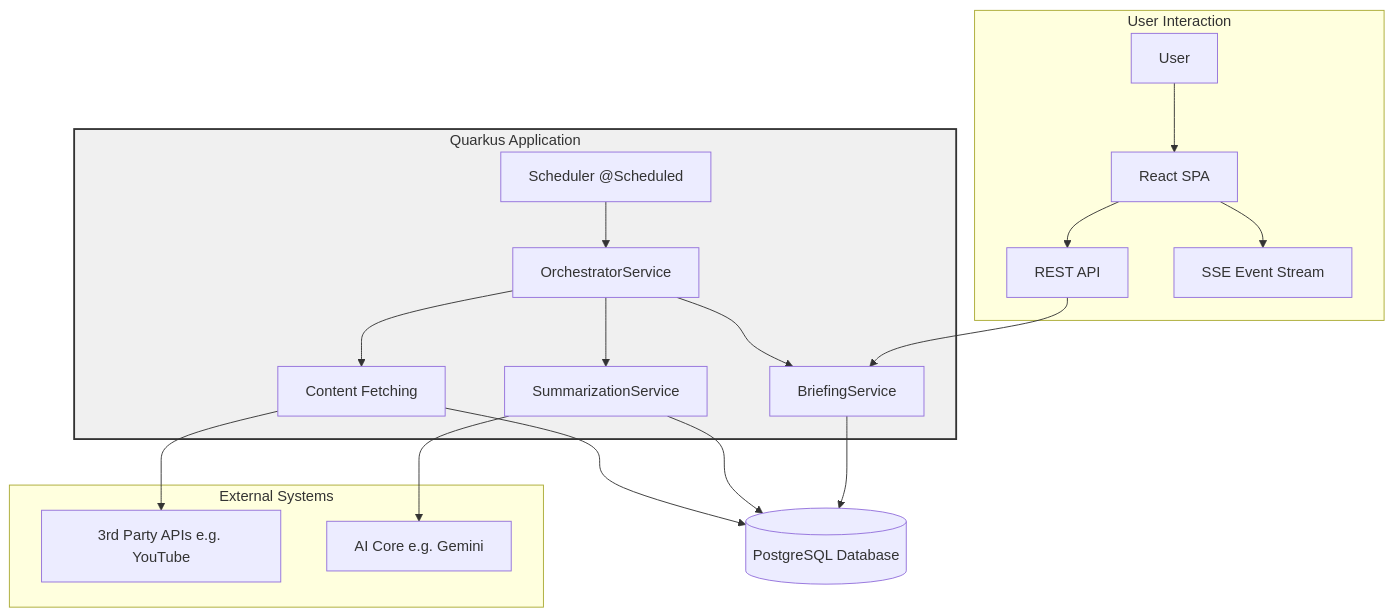
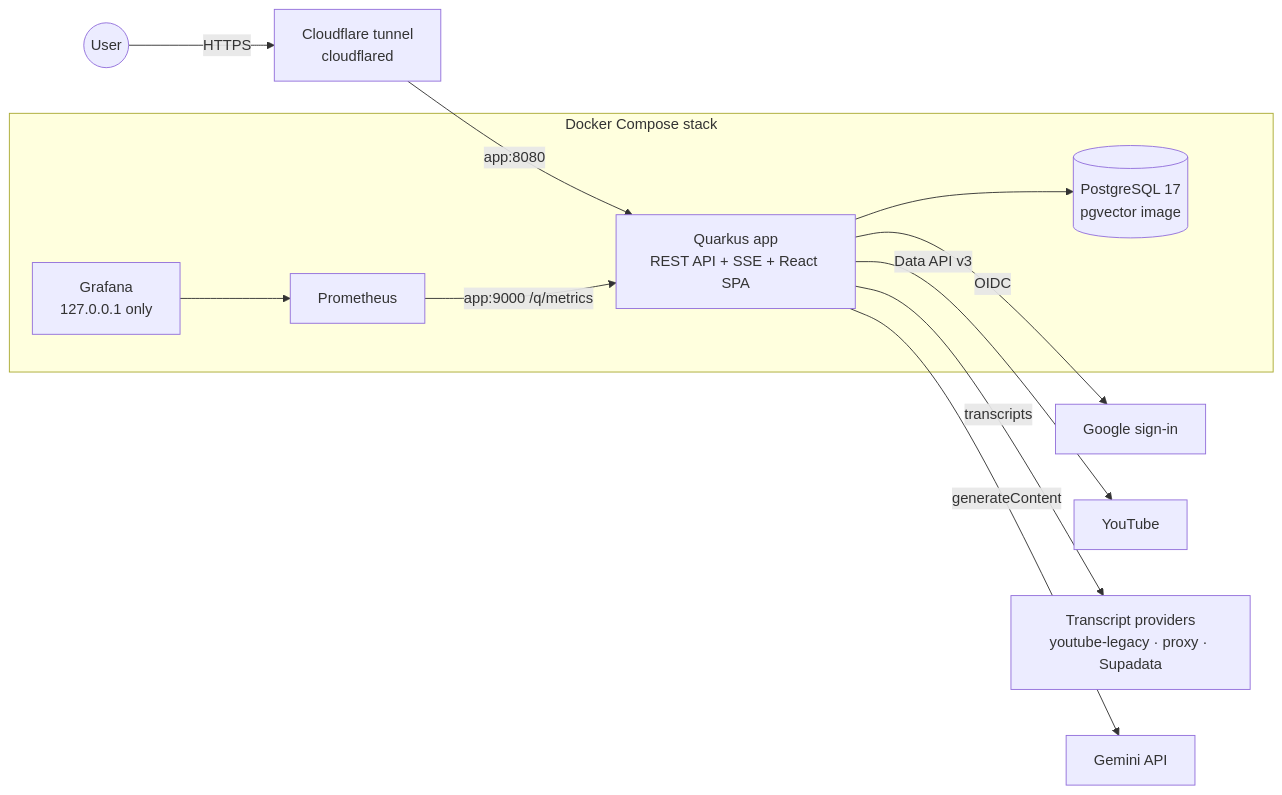
Before and after one commit to sjuresa/povzetkar: the diagram in docs/overview/architecture_overview.md, drawn with Mermaid. The commit also changed other lines of this file and 31 other files, not shown here.

````diff
--- a/docs/overview/architecture_overview.md
+++ b/docs/overview/architecture_overview.md
@@ -24,29 +17,20 @@
 ```mermaid
-graph TD
-    subgraph "User Interaction"
-        User --> UI[React SPA]
-        UI --> API[REST API]
-        UI --> SSE[SSE Event Stream]
+graph LR
+    User((User)) -->|HTTPS| CF[Cloudflare tunnel<br/>cloudflared]
+    CF -->|app:8080| App
+
+    subgraph Stack ["Docker Compose stack"]
+        App[Quarkus app<br/>REST API + SSE + React SPA]
+        DB[(PostgreSQL 17<br/>pgvector image)]
+        Prom[Prometheus]
+        Graf[Grafana<br/>127.0.0.1 only]
+        App --> DB
+        Prom -->|app:9000 /q/metrics| App
+        Graf --> Prom
     end
 
-    subgraph quarkus_app ["Quarkus Application"]
-        Scheduler[Scheduler @Scheduled] --> Orchestrator[OrchestratorService]
-        Orchestrator --> ContentFetcher[Content Fetching]
-        Orchestrator --> Summarizer[SummarizationService]
-        Orchestrator --> BriefingGen[BriefingService]
-        API --> BriefingGen
-    end
-
-    subgraph "External Systems"
-        ExtAPI[3rd Party APIs e.g. YouTube]
-        GenAI[AI Core e.g. Gemini]
-    end
-
-    DB[(PostgreSQL Database)]
-
-    ContentFetcher --> ExtAPI & DB
-    Summarizer --> GenAI & DB
-    BriefingGen --> DB
-
-    style quarkus_app fill:#f0f0f0,stroke:#333,stroke-width:2px
+    App -->|OIDC| Google[Google sign-in]
+    App -->|Data API v3| YT[YouTube]
+    App -->|transcripts| Providers[Transcript providers<br/>youtube-legacy · proxy · Supadata]
+    App -->|generateContent| Gemini[Gemini API]
 ```
````
